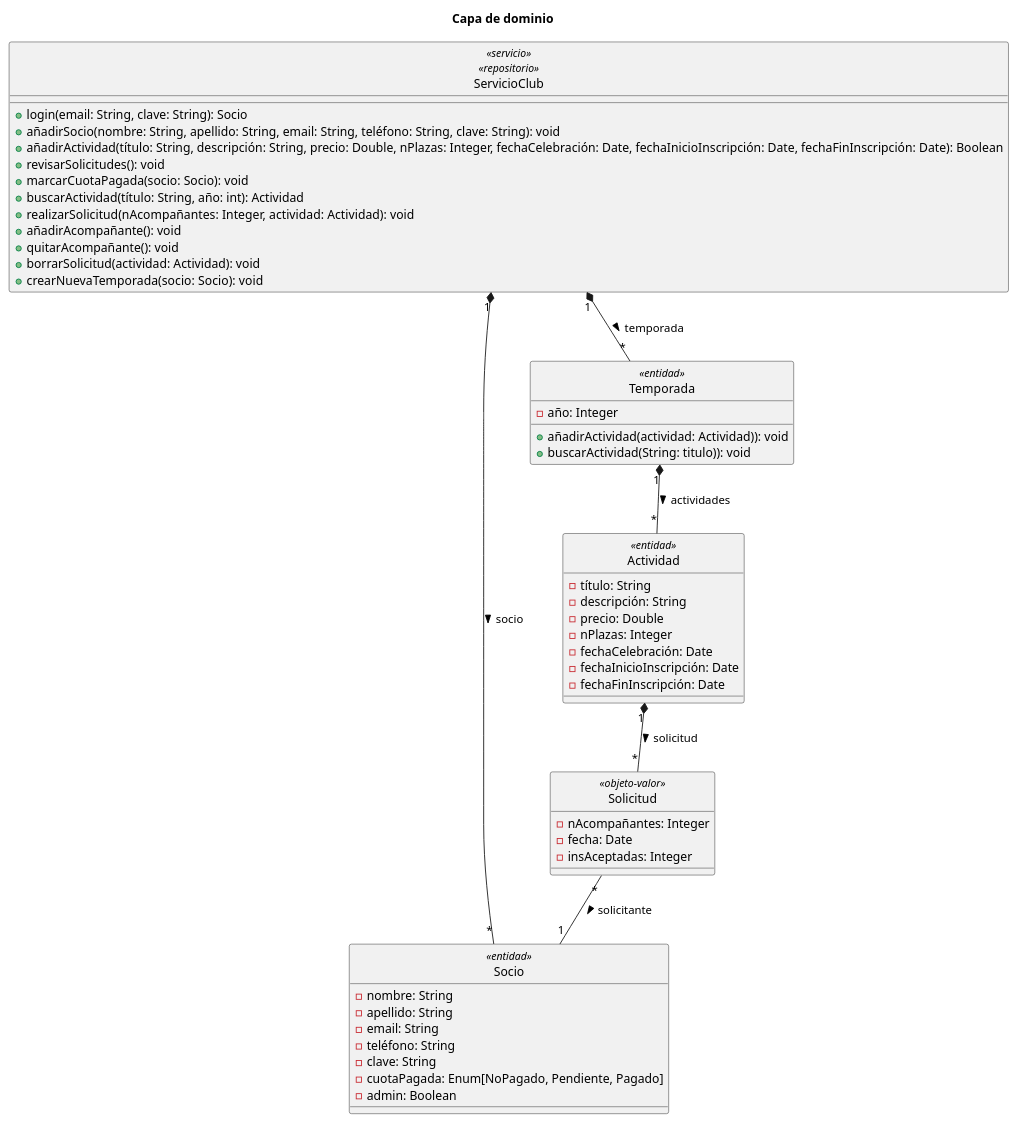
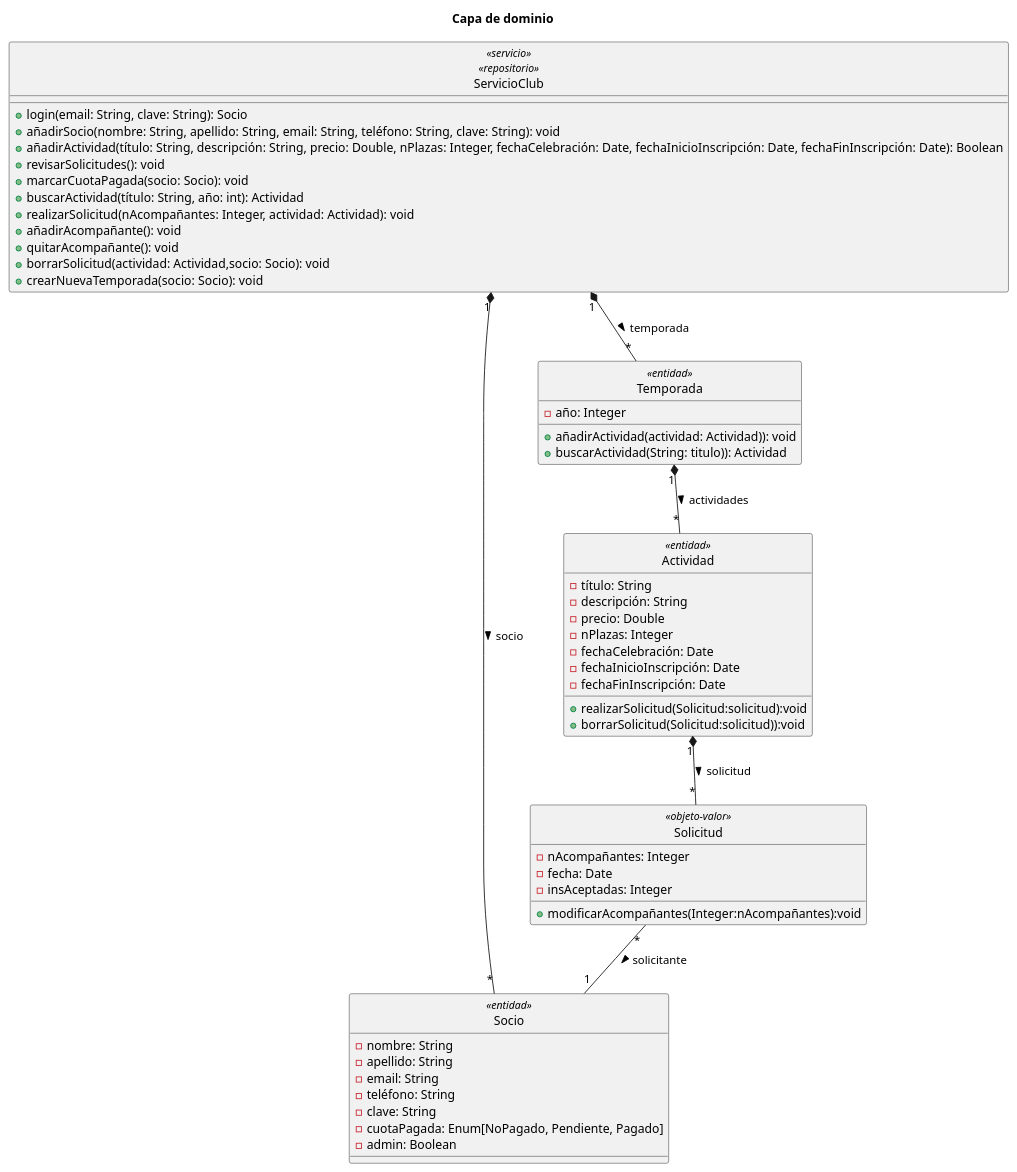
Before and after one commit to fjja0004/DAE-2024-fjja0004-scr00043-jfb00009: the diagram in diagramaDominio.puml, drawn with PlantUML. The commit also changed 4 other files, not shown here.

Commit message:
implementacion borrarSolicitud + modificaciones varias

```diff
--- a/diagramaDominio.puml
+++ b/diagramaDominio.puml
@@ -1,59 +1,62 @@
 @startuml
 title "Capa de dominio"
 hide circle
 'skinparam classAttributeIconSize 0
 
 class ServicioClub <<servicio>> <<repositorio>> {
     + login(email: String, clave: String): Socio
     + añadirSocio(nombre: String, apellido: String, email: String, teléfono: String, clave: String): void
     + añadirActividad(título: String, descripción: String, precio: Double, nPlazas: Integer, fechaCelebración: Date, fechaInicioInscripción: Date, fechaFinInscripción: Date): Boolean
     + revisarSolicitudes(): void
     + marcarCuotaPagada(socio: Socio): void
     + buscarActividad(título: String, año: int): Actividad
     + realizarSolicitud(nAcompañantes: Integer, actividad: Actividad): void
     + añadirAcompañante(): void
     + quitarAcompañante(): void
-    + borrarSolicitud(actividad: Actividad): void
+    + borrarSolicitud(actividad: Actividad,socio: Socio): void
     + crearNuevaTemporada(socio: Socio): void
 }
 
 class Socio <<entidad>> {
 - nombre: String
 - apellido: String
 - email: String
 - teléfono: String
 - clave: String
 - cuotaPagada: Enum[NoPagado, Pendiente, Pagado]
 - admin: Boolean
 }
 
 class Actividad <<entidad>> {
 - título: String
 - descripción: String
 - precio: Double
 - nPlazas: Integer
 - fechaCelebración: Date
 - fechaInicioInscripción: Date
 - fechaFinInscripción: Date
++ realizarSolicitud(Solicitud:solicitud):void
++ borrarSolicitud(Solicitud:solicitud)):void
 }
 
 class Solicitud <<objeto-valor>> {
 - nAcompañantes: Integer
 - fecha: Date
 - insAceptadas: Integer
++ modificarAcompañantes(Integer:nAcompañantes):void
 }
 
 class Temporada <<entidad>> {
 - año: Integer
     + añadirActividad(actividad: Actividad)): void
-    + buscarActividad(String: titulo)): void
+    + buscarActividad(String: titulo)): Actividad
 
 }
 
 Solicitud "*" -- "1" Socio : > solicitante
 Actividad "1" *-- "*" Solicitud : > solicitud
 Temporada "1" *-- "*" Actividad : > actividades
 ServicioClub "1" *-- "*" Socio : > socio
 ServicioClub "1" *-- "*" Temporada : > temporada
 
 @enduml
```
